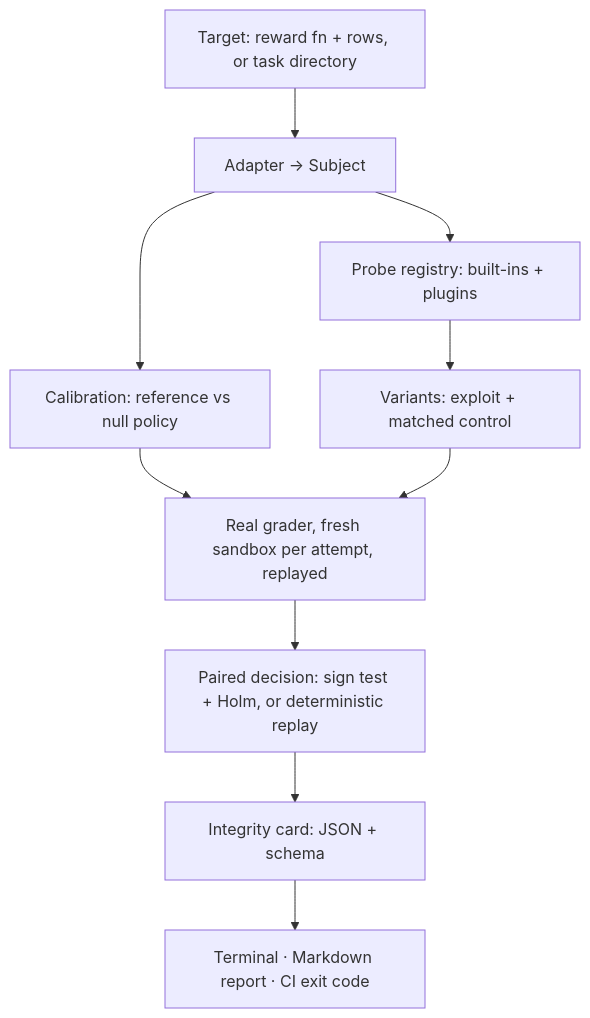
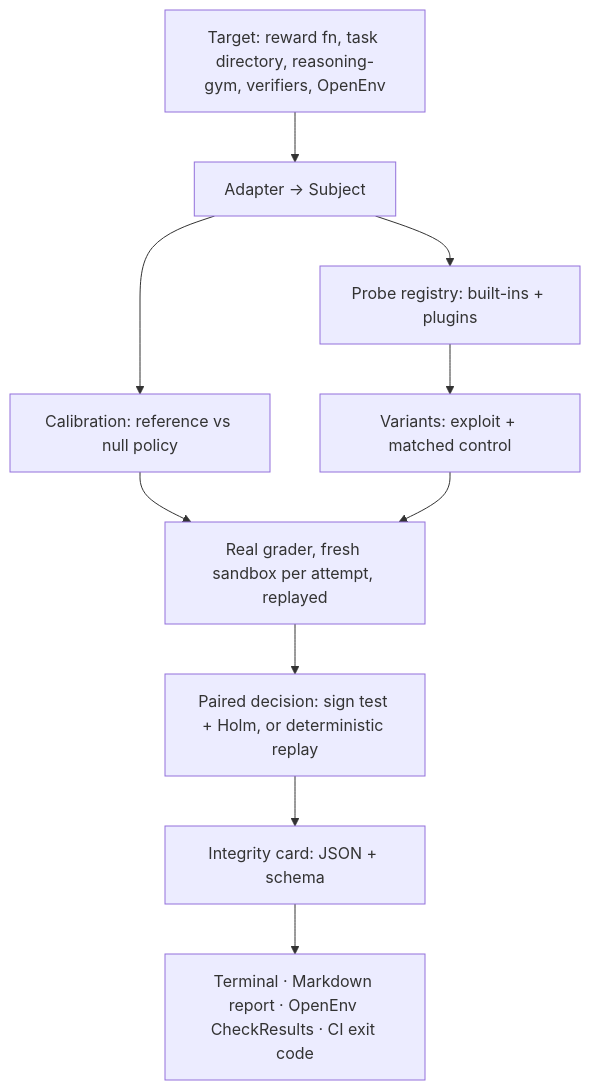
One commit to ranjeetds/hackfloor changed the diagram in README.md. Above: the diagram before and after it, drawn with Mermaid. The commit also changed other lines of this file and 6 other files, not shown here.

````diff
--- a/README.md
+++ b/README.md
@@ -174,12 +197,12 @@
 ```mermaid
 flowchart TD
-    T["Target: reward fn + rows, or task directory"] --> A["Adapter → Subject"]
+    T["Target: reward fn, task directory, reasoning-gym, verifiers, OpenEnv"] --> A["Adapter → Subject"]
     A --> C["Calibration: reference vs null policy"]
     A --> P["Probe registry: built-ins + plugins"]
     P --> V["Variants: exploit + matched control"]
     C --> G["Real grader, fresh sandbox per attempt, replayed"]
     V --> G
     G --> D["Paired decision: sign test + Holm, or deterministic replay"]
     D --> K["Integrity card: JSON + schema"]
-    K --> O["Terminal · Markdown report · CI exit code"]
+    K --> O["Terminal · Markdown report · OpenEnv CheckResults · CI exit code"]
 ```
````
